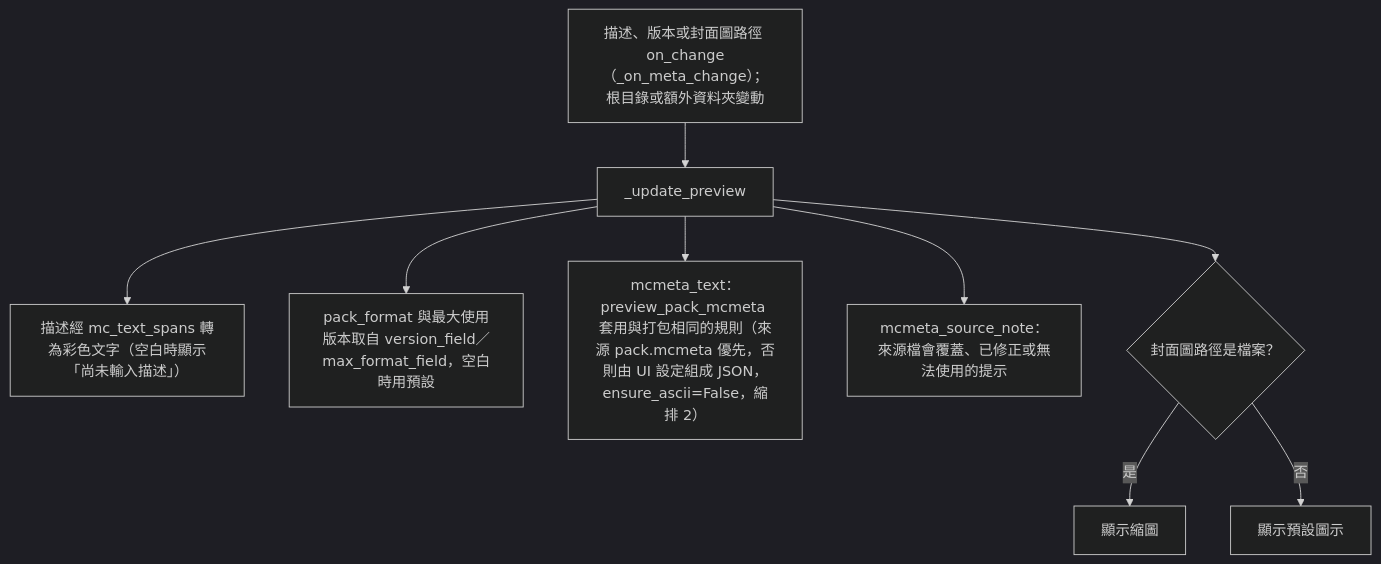
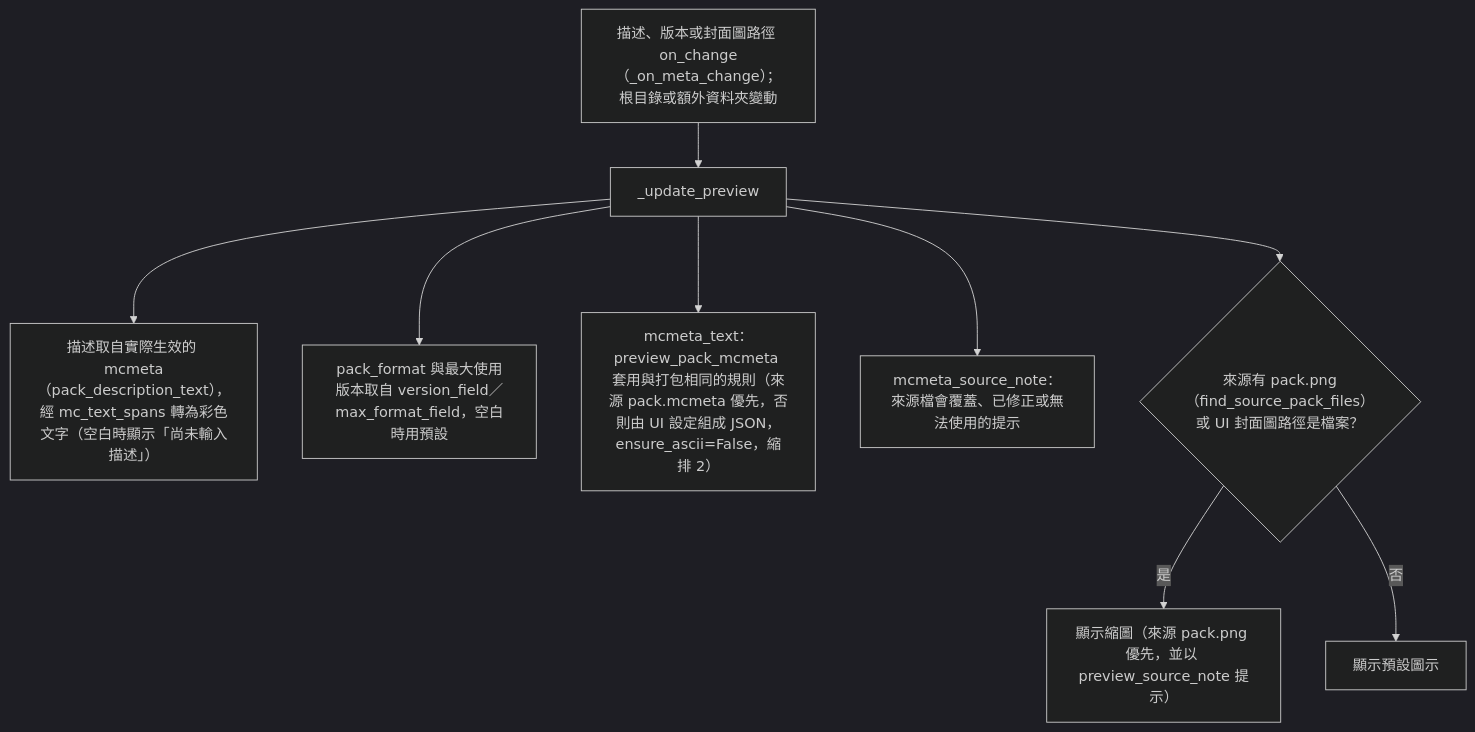
Before and after one commit to jlin53882/Minecraft-translate: the third of 6 diagrams in docs/page_flows/bundler.md, drawn with Mermaid (dark theme). The commit also changed other lines of this file and 8 other files, not shown here.

First line of the commit message:
fix(bundler): preview card follows the effective pack files; don't re-add pack files

````diff
--- a/docs/page_flows/bundler.md
+++ b/docs/page_flows/bundler.md
@@ -50,11 +50,11 @@
 ```mermaid
 flowchart TD
     A["描述、版本或封面圖路徑 on_change（_on_meta_change）；根目錄或額外資料夾變動"] --> B["_update_preview"]
-    B --> C["描述經 mc_text_spans 轉為彩色文字（空白時顯示「尚未輸入描述」）"]
+    B --> C["描述取自實際生效的 mcmeta（pack_description_text），經 mc_text_spans 轉為彩色文字（空白時顯示「尚未輸入描述」）"]
     B --> D["pack_format 與最大使用版本取自 version_field／max_format_field，空白時用預設"]
     B --> E["mcmeta_text：preview_pack_mcmeta 套用與打包相同的規則（來源 pack.mcmeta 優先，否則由 UI 設定組成 JSON，ensure_ascii=False，縮排 2）"]
     B --> I["mcmeta_source_note：來源檔會覆蓋、已修正或無法使用的提示"]
-    B --> F{"封面圖路徑是檔案？"}
-    F -- 是 --> G["顯示縮圖"]
+    B --> F{"來源有 pack.png（find_source_pack_files）或 UI 封面圖路徑是檔案？"}
+    F -- 是 --> G["顯示縮圖（來源 pack.png 優先，並以 preview_source_note 提示）"]
     F -- 否 --> H["顯示預設圖示"]
 ```
````
